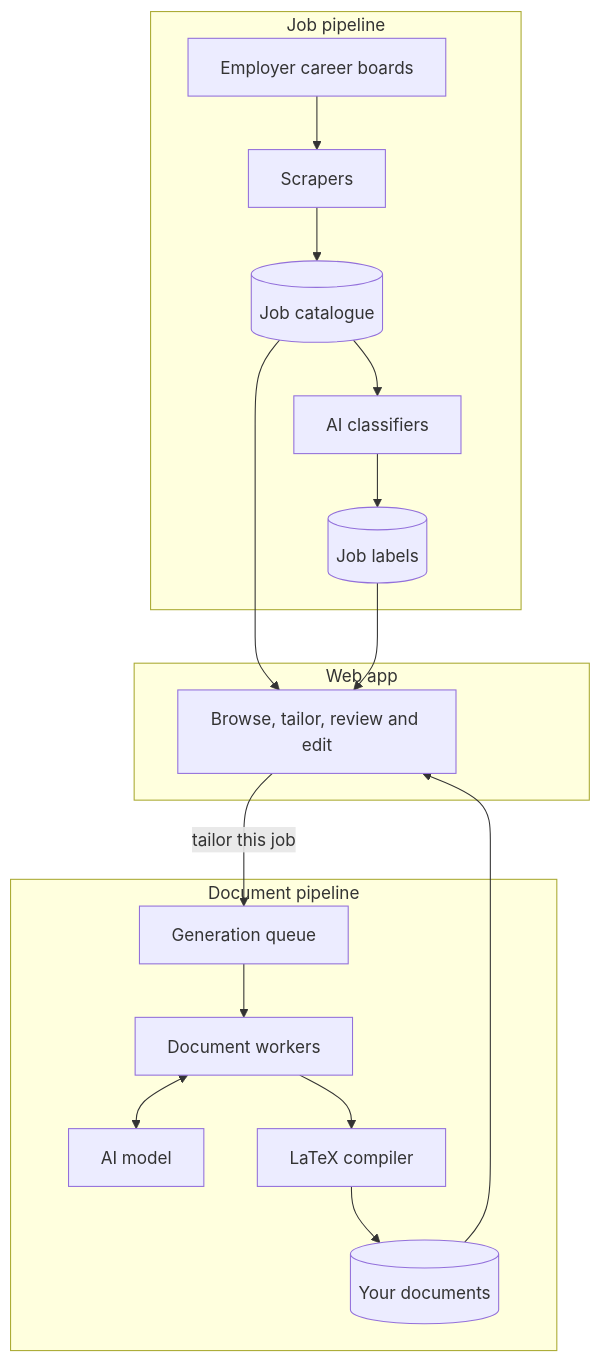
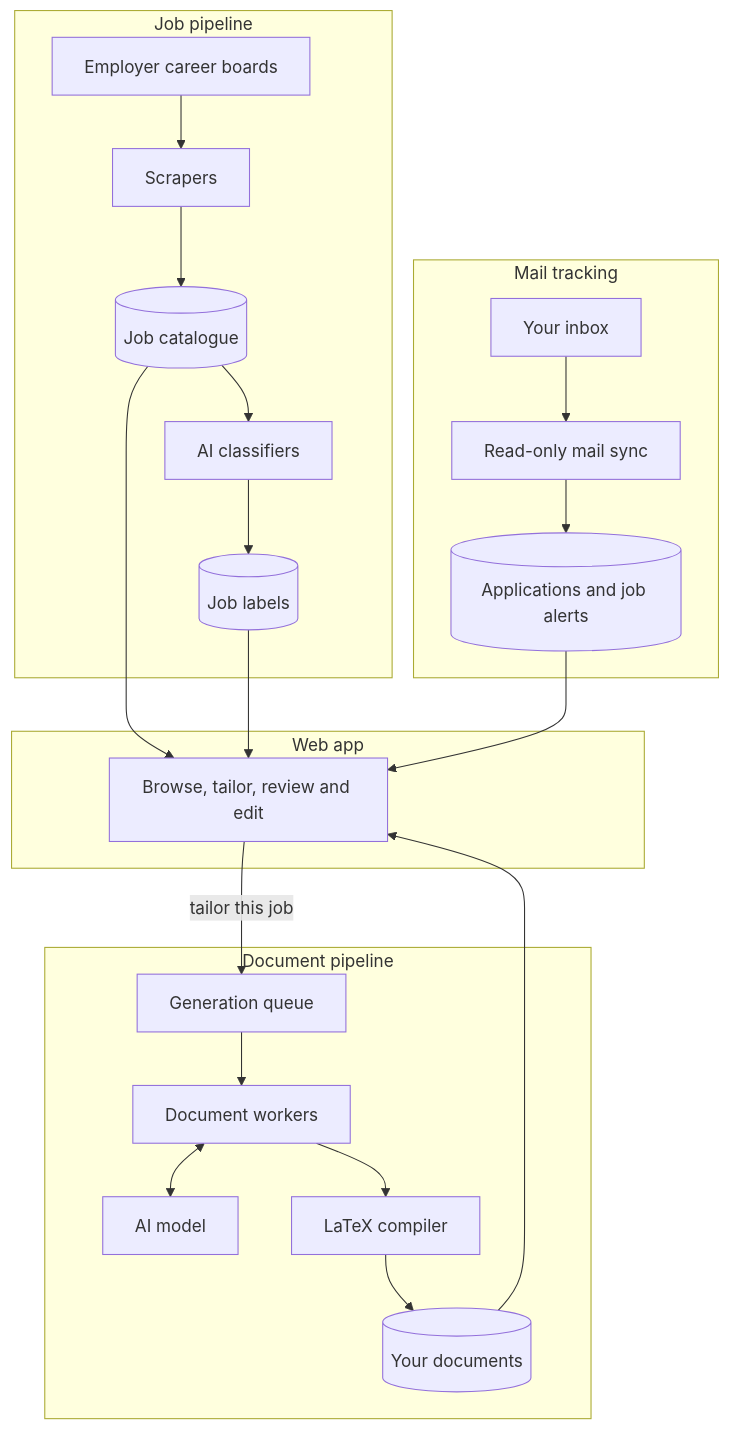
One commit to AliAbdallah454/job-applier changed the diagram in README.md. Above: the diagram before and after it, drawn with Mermaid. The commit also changed other lines of this file and 39 other files, not shown here.

````diff
--- a/README.md
+++ b/README.md
@@ -44,25 +54,31 @@
 ```mermaid
 flowchart TD
     subgraph Pipeline["Job pipeline"]
         Boards["Employer career boards"] --> Scrapers["Scrapers"]
         Scrapers --> Catalogue[("Job catalogue")]
         Catalogue --> Classifiers["AI classifiers"]
         Classifiers --> Labels[("Job labels")]
     end
 
     subgraph App["Web app"]
         Web["Browse, tailor, review and edit"]
     end
 
     subgraph Documents["Document pipeline"]
         Queue["Generation queue"] --> Workers["Document workers"]
         Workers <--> Model["AI model"]
         Workers --> Compile["LaTeX compiler"]
         Compile --> Store[("Your documents")]
     end
 
+    subgraph Mail["Mail tracking"]
+        Inbox["Your inbox"] --> Reader["Read-only mail sync"]
+        Reader --> Tracked[("Applications and job alerts")]
+    end
+
     Catalogue --> Web
     Labels --> Web
     Web -- "tailor this job" --> Queue
     Store --> Web
+    Tracked --> Web
 ```
````
